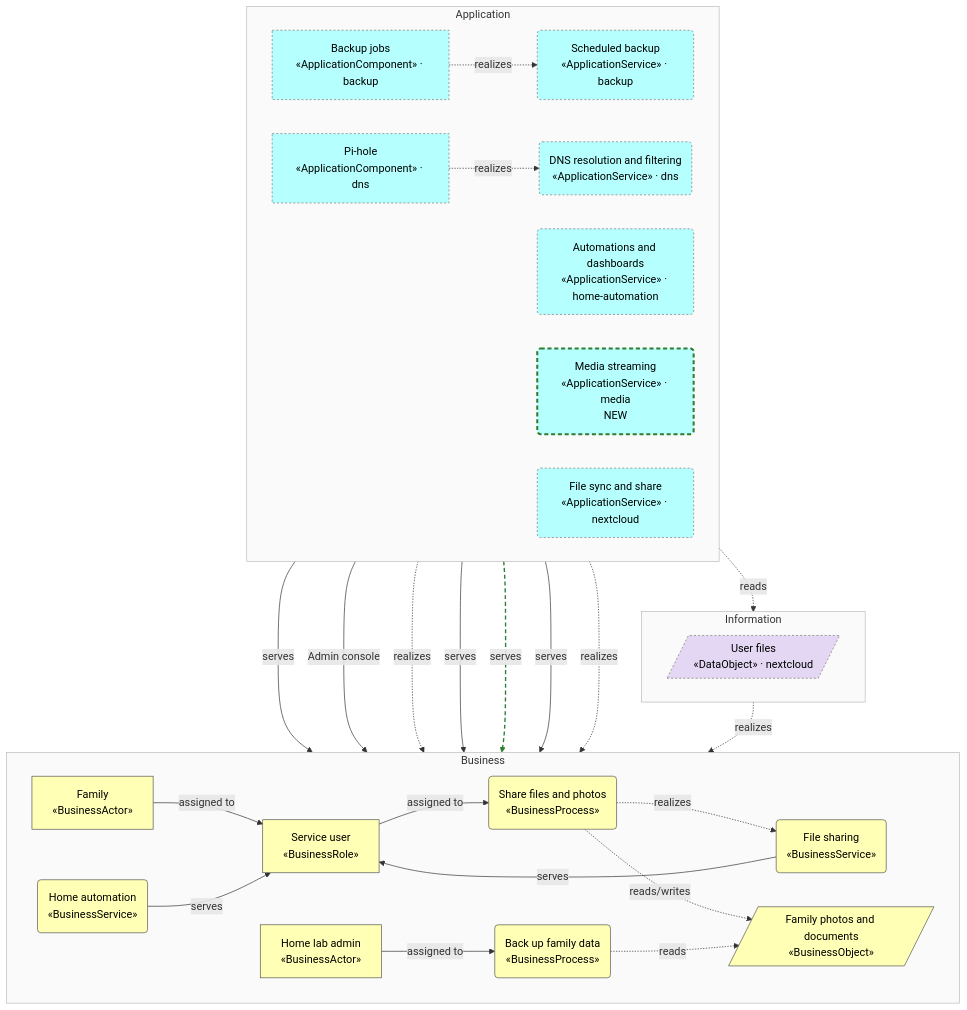
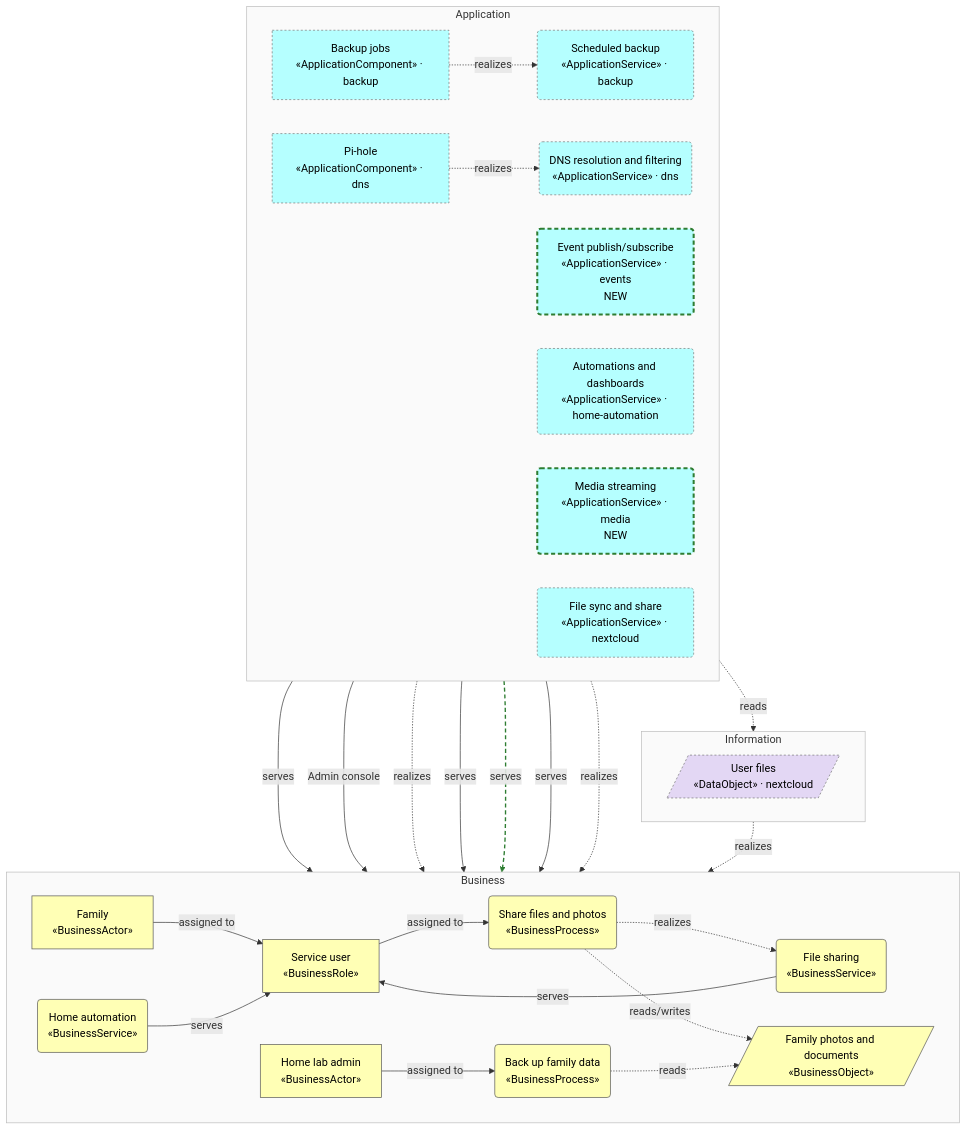
Before and after one commit to b-zig/a4m: the first of 3 diagrams in docs/enterprise/view-business.md, drawn with Mermaid. The commit also changed other lines of this file and 28 other files, not shown here.

First line of the commit message:
Add events platform SA (MQTT event fabric) and its first consumers

````diff
--- a/docs/enterprise/view-business.md
+++ b/docs/enterprise/view-business.md
@@ -8,61 +8,62 @@
 ```mermaid
 flowchart TB
   subgraph layer_business["Business"]
     direction LR
     bus_family["Family<br/>«BusinessActor»"]
     bus_admin["Home lab admin<br/>«BusinessActor»"]
     bus_role_user["Service user<br/>«BusinessRole»"]
     bus_proc_share("Share files and photos<br/>«BusinessProcess»")
     bus_proc_backup("Back up family data<br/>«BusinessProcess»")
     bus_svc_file_sharing("File sharing<br/>«BusinessService»")
     bus_svc_automation("Home automation<br/>«BusinessService»")
     bus_obj_photos[/"Family photos and documents<br/>«BusinessObject»"/]
   end
   subgraph layer_information["Information"]
     direction LR
     nextcloud__data_files[/"User files<br/>«DataObject» · nextcloud"/]
   end
   subgraph layer_application["Application"]
     direction LR
     backup__app_backup["Backup jobs<br/>«ApplicationComponent» · backup"]
     backup__app_svc_backup("Scheduled backup<br/>«ApplicationService» · backup")
     dns__app_pihole["Pi-hole<br/>«ApplicationComponent» · dns"]
     dns__app_svc_dns("DNS resolution and filtering<br/>«ApplicationService» · dns")
+    events__app_svc_event_streaming("Event publish/subscribe<br/>«ApplicationService» · events<br/>NEW")
     home_automation__app_svc_automation("Automations and dashboards<br/>«ApplicationService» · home-automation")
     media__app_svc_streaming("Media streaming<br/>«ApplicationService» · media<br/>NEW")
     nextcloud__app_svc_file_sync("File sync and share<br/>«ApplicationService» · nextcloud")
   end
   bus_family -->|"assigned to"| bus_role_user
   bus_role_user -->|"assigned to"| bus_proc_share
   bus_admin -->|"assigned to"| bus_proc_backup
   bus_proc_share -.->|"realizes"| bus_svc_file_sharing
   bus_svc_file_sharing -->|"serves"| bus_role_user
   bus_svc_automation -->|"serves"| bus_role_user
   bus_proc_share -.->|"reads/writes"| bus_obj_photos
   bus_proc_backup -.->|"reads"| bus_obj_photos
   backup__app_backup -.->|"realizes"| backup__app_svc_backup
   backup__app_svc_backup -->|"serves"| bus_proc_backup
   backup__app_backup -.->|"reads"| nextcloud__data_files
   dns__app_pihole -.->|"realizes"| dns__app_svc_dns
   dns__app_svc_dns -->|"Admin console"| bus_admin
   home_automation__app_svc_automation -.->|"realizes"| bus_svc_automation
   home_automation__app_svc_automation -->|"serves"| bus_role_user
   media__app_svc_streaming -->|"serves"| bus_role_user
   nextcloud__app_svc_file_sync -->|"serves"| bus_proc_share
   nextcloud__app_svc_file_sync -.->|"realizes"| bus_svc_file_sharing
   nextcloud__data_files -.->|"realizes"| bus_obj_photos
   classDef business fill:#FFFFB5,stroke:#555,color:#000
   class bus_family,bus_admin,bus_role_user,bus_proc_share,bus_proc_backup,bus_svc_file_sharing,bus_svc_automation,bus_obj_photos business
   style layer_business fill:#fafafa,stroke:#bbb
   classDef information fill:#E3D7F4,stroke:#555,color:#000
   class nextcloud__data_files information
   style layer_information fill:#fafafa,stroke:#bbb
   classDef application fill:#B5FFFF,stroke:#555,color:#000
-  class backup__app_backup,backup__app_svc_backup,dns__app_pihole,dns__app_svc_dns,home_automation__app_svc_automation,media__app_svc_streaming,nextcloud__app_svc_file_sync application
+  class backup__app_backup,backup__app_svc_backup,dns__app_pihole,dns__app_svc_dns,events__app_svc_event_streaming,home_automation__app_svc_automation,media__app_svc_streaming,nextcloud__app_svc_file_sync application
   style layer_application fill:#fafafa,stroke:#bbb
   classDef foreign stroke:#777,stroke-dasharray:3 3
-  class backup__app_backup,backup__app_svc_backup,dns__app_pihole,dns__app_svc_dns,home_automation__app_svc_automation,media__app_svc_streaming,nextcloud__app_svc_file_sync,nextcloud__data_files foreign
+  class backup__app_backup,backup__app_svc_backup,dns__app_pihole,dns__app_svc_dns,events__app_svc_event_streaming,home_automation__app_svc_automation,media__app_svc_streaming,nextcloud__app_svc_file_sync,nextcloud__data_files foreign
   classDef st_new stroke:#2e7d32,stroke-width:3px,stroke-dasharray:6 4
-  class media__app_svc_streaming st_new
+  class events__app_svc_event_streaming,media__app_svc_streaming st_new
   linkStyle 15 stroke:#2e7d32,stroke-width:2px,stroke-dasharray:6 4
 ```
````
